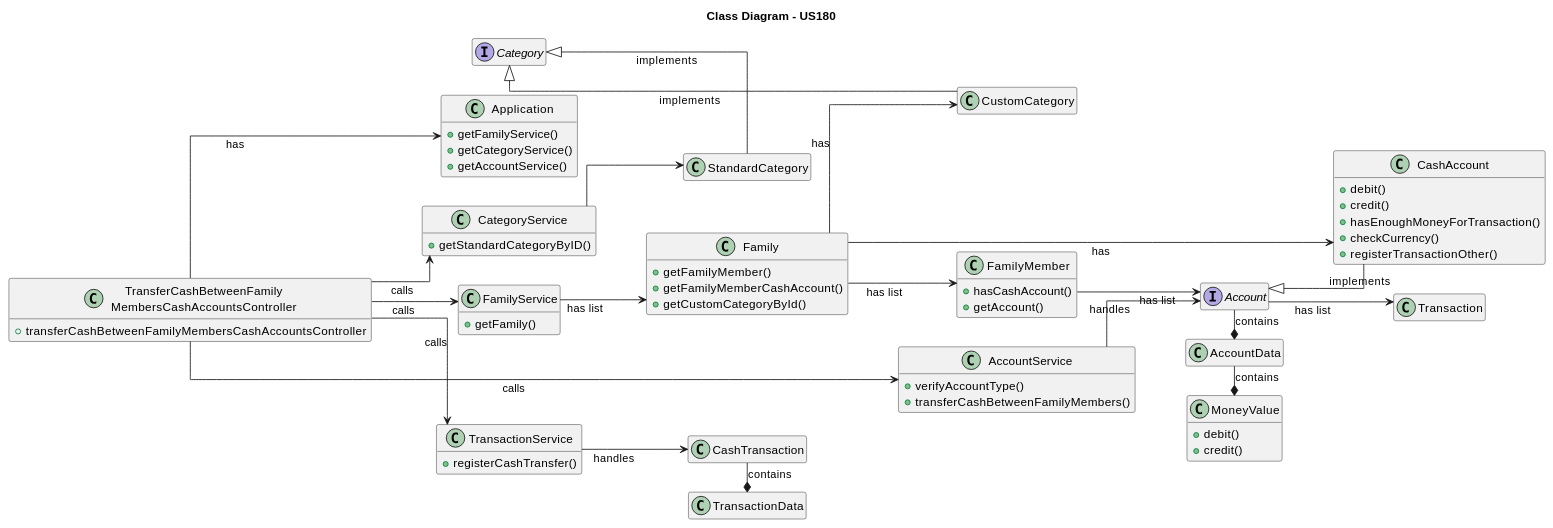
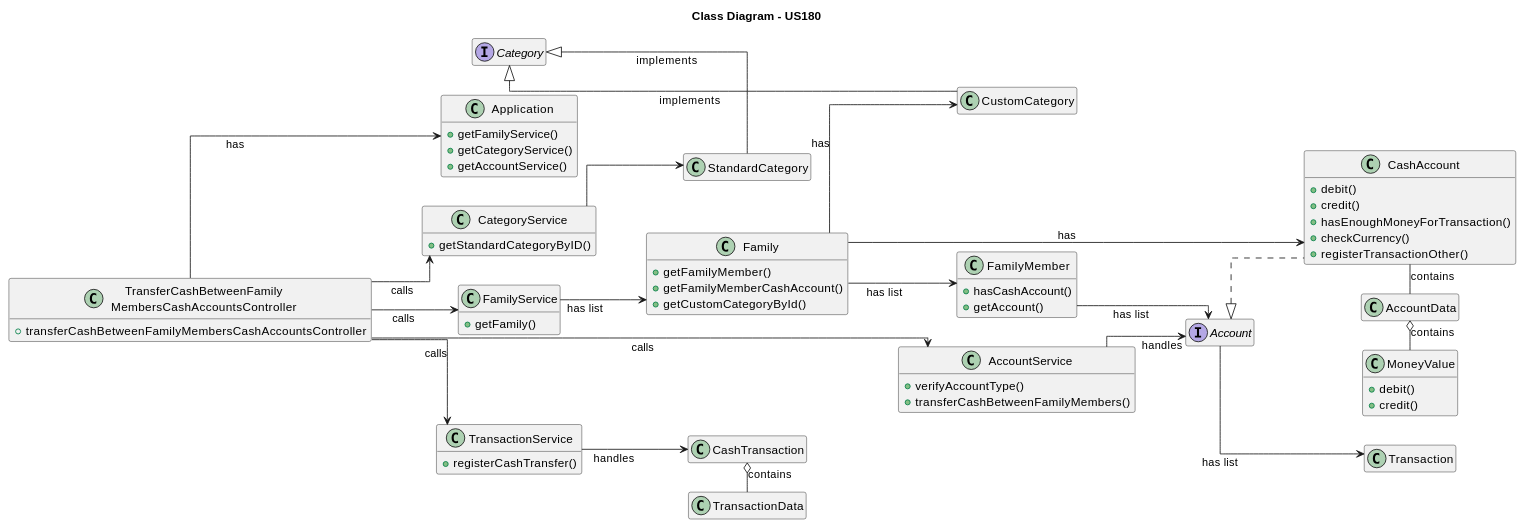
The sixth of 6 diagrams in docs/sprint2/user_stories/US180_TransferMoneyFamilyMemberToFamilyMember.md (tomas-osswald/switch_2020_g3), drawn with PlantUML before and after one commit. The commit also changed other lines of this file, not shown here.

````diff
--- a/docs/sprint2/user_stories/US180_TransferMoneyFamilyMemberToFamilyMember.md
+++ b/docs/sprint2/user_stories/US180_TransferMoneyFamilyMemberToFamilyMember.md
@@ -391,7 +391,7 @@
 +registerCashTransfer()
 }
 
-class CashAccount {
+class CashAccount implements Account {
 +debit()
 +credit()
 +hasEnoughMoneyForTransaction()
@@ -432,15 +432,15 @@
 Category <|-- StandardCategory : implements
 Category <|-right- CustomCategory : implements
 FamilyMember --> Account : has list
-Account <|-- CashAccount : implements
-Account -* AccountData : contains
+'Account <|-- CashAccount : implements
+CashAccount - AccountData : contains
 AccountService --> Account: handles
 
 TransactionService --> CashTransaction: handles
 Account --> Transaction: has list
 
-AccountData -* MoneyValue : contains
+AccountData o- MoneyValue : contains
 
-CashTransaction -* TransactionData : contains
+CashTransaction  o- TransactionData : contains
 
 ```
````
